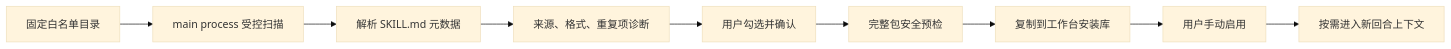
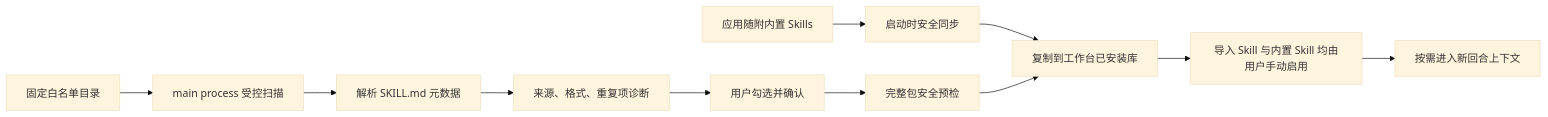
The diagram in docs/architecture/SKILL_DISCOVERY_AND_IMPORT.md (123225073/sap-ai-consultant-workbench), drawn with Mermaid (base theme) before and after one commit. The commit also changed other lines of this file and 89 other files, not shown here.

````diff
--- a/docs/architecture/SKILL_DISCOVERY_AND_IMPORT.md
+++ b/docs/architecture/SKILL_DISCOVERY_AND_IMPORT.md
@@ -28,11 +29,13 @@
 ```mermaid
 flowchart LR
+  Z["应用随附内置 Skills"] --> J["启动时安全同步"]
+  J --> G["工作台已安装库"]
   A["固定白名单目录"] --> B["main process 受控扫描"]
   B --> C["解析 SKILL.md 元数据"]
   C --> D["来源、格式、重复项诊断"]
   D --> E["用户勾选并确认"]
   E --> F["完整包安全预检"]
-  F --> G["复制到工作台安装库"]
-  G --> H["用户手动启用"]
+  F --> G["复制到工作台已安装库"]
+  G --> H["导入 Skill 与内置 Skill 均由用户手动启用"]
   H --> I["按需进入新回合上下文"]
 ```
````
